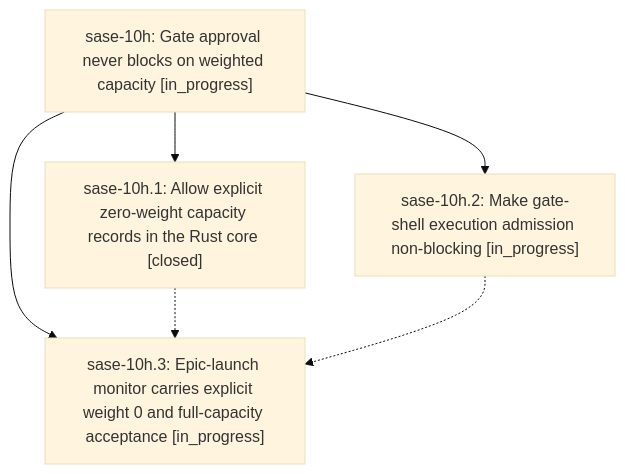
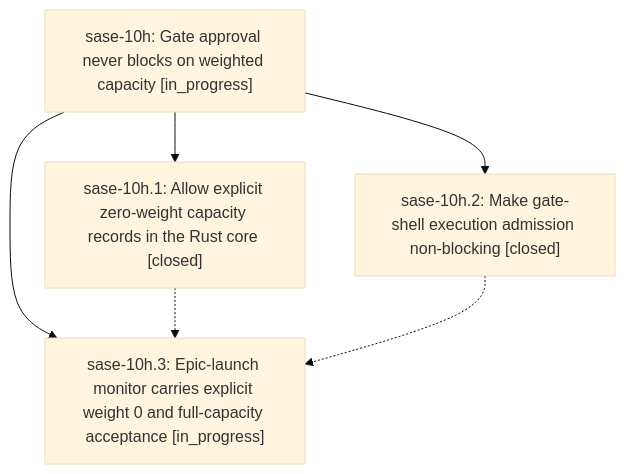
One commit to sase-org/sase--beads changed the diagram in pages/sase-10h/README.md. Above: the diagram before and after it, drawn with Mermaid (base theme). The commit also changed other lines of this file and 3 other files, not shown here.

````diff
--- a/pages/sase-10h/README.md
+++ b/pages/sase-10h/README.md
@@ -24,12 +24,12 @@
 ```mermaid
 flowchart TD
     n0["sase-10h: Gate approval never blocks on weighted capacity [in_progress]"]
     n1["sase-10h.1: Allow explicit zero-weight capacity records in the Rust core [closed]"]
-    n2["sase-10h.2: Make gate-shell execution admission non-blocking [in_progress]"]
+    n2["sase-10h.2: Make gate-shell execution admission non-blocking [closed]"]
     n3["sase-10h.3: Epic-launch monitor carries explicit weight 0 and full-capacity acceptance [in_progress]"]
     n0 --> n1
     n0 --> n2
     n0 --> n3
     n1 -.-> n3
     n2 -.-> n3
 ```
````
